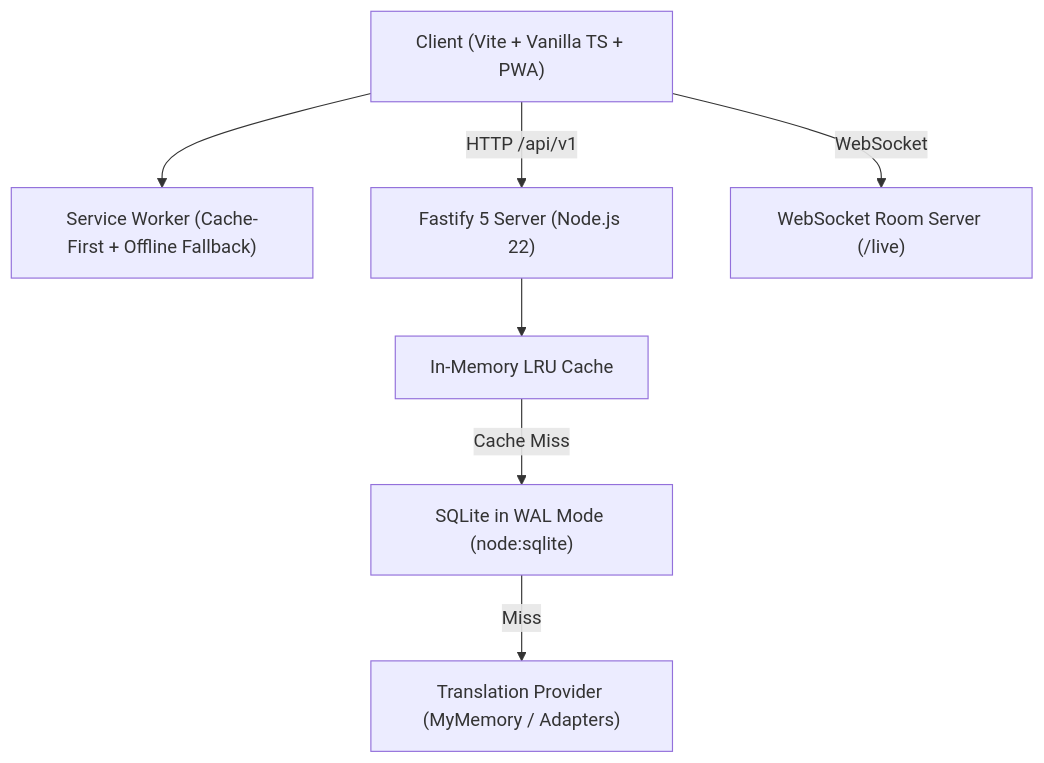
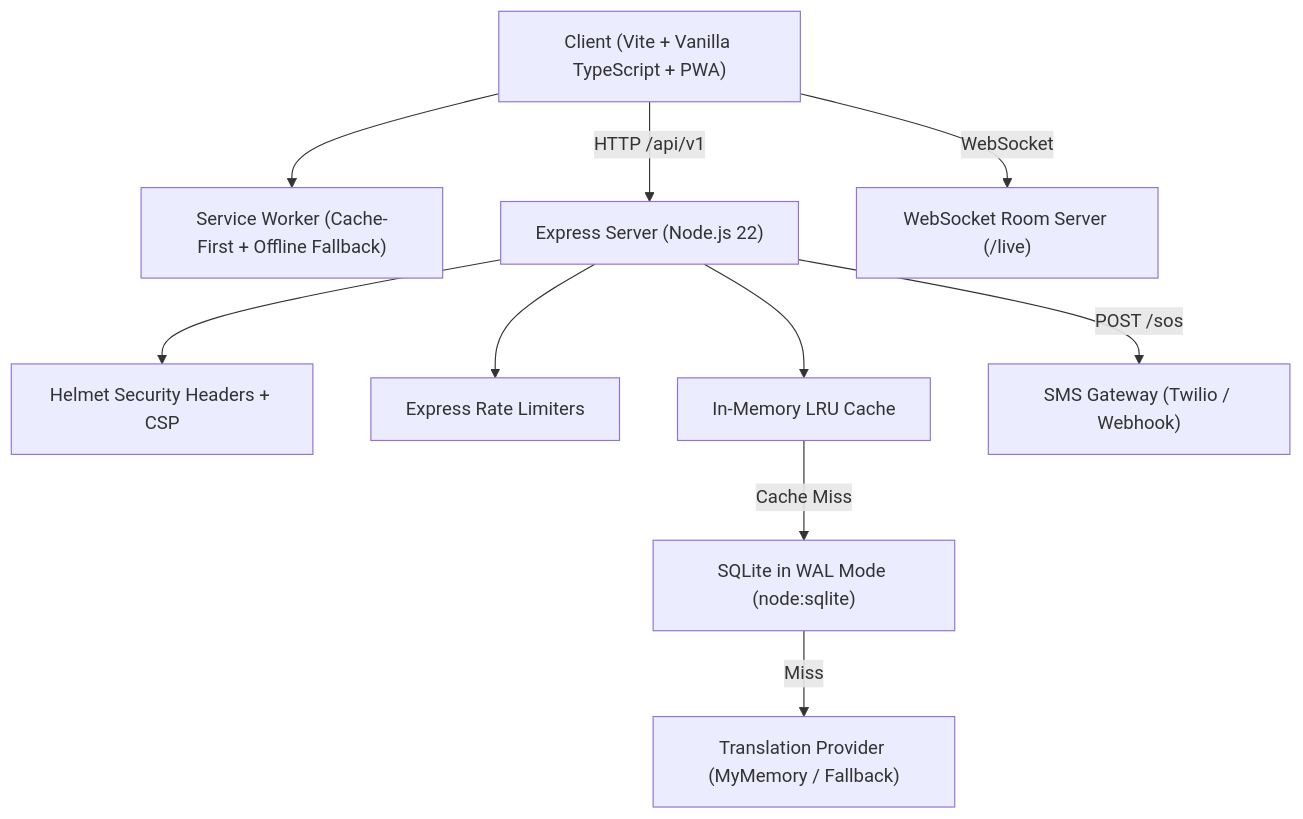
Before and after one commit to kavanarangasamy07/ConnectPlus: the diagram in README.md, drawn with Mermaid. The commit also changed other lines of this file and 50 other files, not shown here.

````diff
--- a/README.md
+++ b/README.md
@@ -22,17 +49,23 @@
 ```mermaid
 graph TD
-    Client["Client (Vite + Vanilla TS + PWA)"]
+    Client["Client (Vite + Vanilla TypeScript + PWA)"]
     ServiceWorker["Service Worker (Cache-First + Offline Fallback)"]
-    Fastify["Fastify 5 Server (Node.js 22)"]
+    Express["Express Server (Node.js 22)"]
+    Helmet["Helmet Security Headers + CSP"]
+    RateLimit["Express Rate Limiters"]
     LRU["In-Memory LRU Cache"]
     SQLite["SQLite in WAL Mode (node:sqlite)"]
     WS["WebSocket Room Server (/live)"]
-    Provider["Translation Provider (MyMemory / Adapters)"]
+    SMSGateway["SMS Gateway (Twilio / Webhook)"]
+    Provider["Translation Provider (MyMemory / Fallback)"]
 
     Client --> ServiceWorker
-    Client -->|HTTP /api/v1| Fastify
+    Client -->|HTTP /api/v1| Express
+    Express --> Helmet
+    Express --> RateLimit
     Client -->|WebSocket| WS
-    Fastify --> LRU
+    Express --> LRU
     LRU -->|Cache Miss| SQLite
     SQLite -->|Miss| Provider
+    Express -->|POST /sos| SMSGateway
 ```
````
